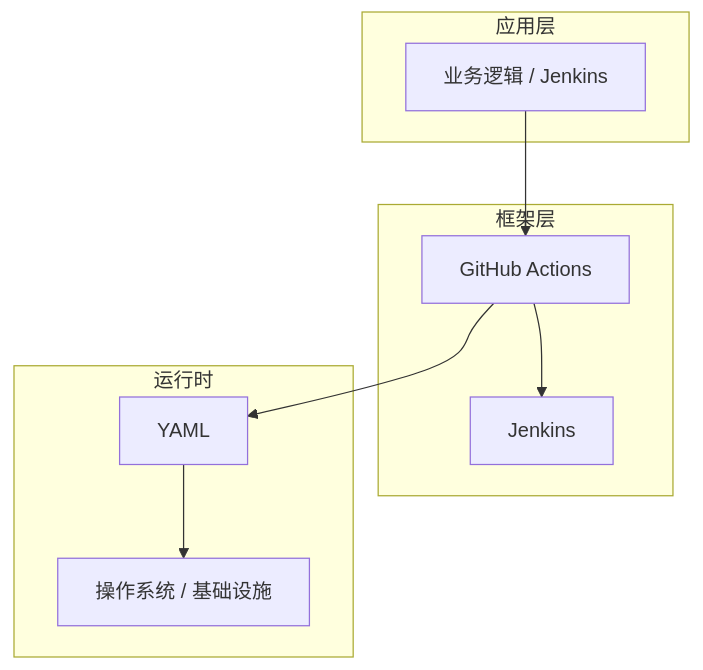
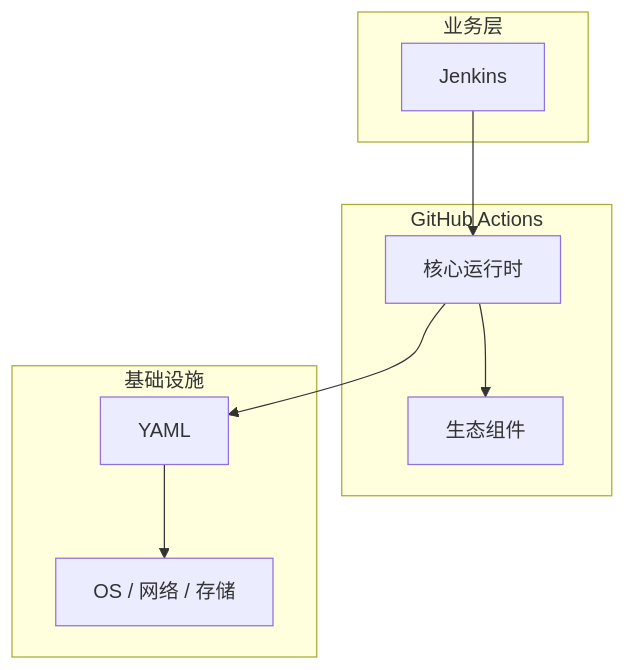
Before and after one commit to yanggan2015/knowledge-json-v2: the diagram in articles/CI与CD/chapters/031-Jenkins核心概念与原理.md, drawn with Mermaid. The commit also changed other lines of this file and 10127 other files, not shown here.

````diff
--- a/articles/CI与CD/chapters/031-Jenkins核心概念与原理.md
+++ b/articles/CI与CD/chapters/031-Jenkins核心概念与原理.md
@@ -45,18 +34,18 @@
 ```mermaid
 graph TB
-    subgraph 应用层
-        A[业务逻辑 / Jenkins]
+    subgraph 业务层
+        A[Jenkins]
     end
-    subgraph 框架层
-        B[GitHub Actions]
-        C[Jenkins]
+    subgraph GitHub Actions
+        B[核心运行时]
+        C[生态组件]
     end
-    subgraph 运行时
+    subgraph 基础设施
         D[YAML]
-        E[操作系统 / 基础设施]
+        E[OS / 网络 / 存储]
     end
     A --> B
     B --> C
     B --> D
     D --> E
 ```
````
